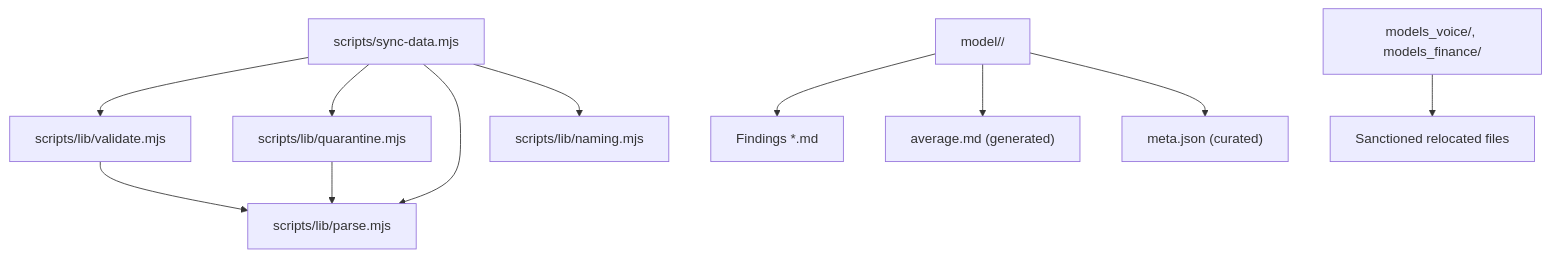
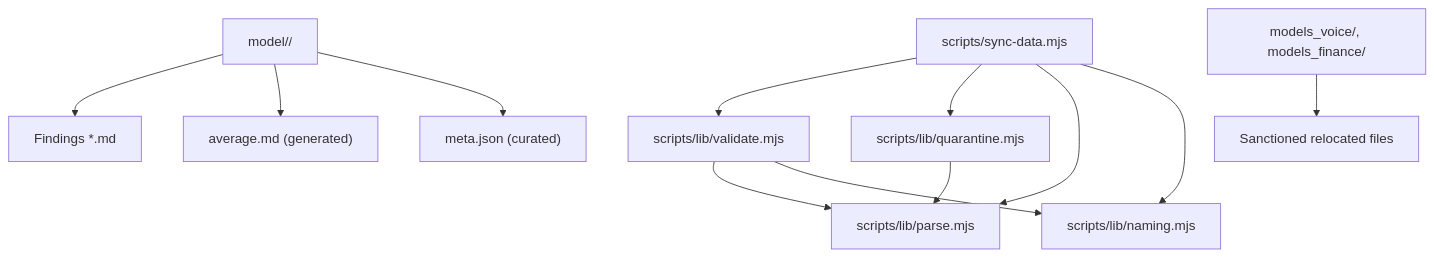
Before and after one commit to delirium-dj/modelcomp: the first of 9 diagrams in .qoder/repowiki/en/content/Data Management System/Data Synchronization Pipeline/Validation Framework.md, drawn with Mermaid. The commit also changed other lines of this file and 22 other files, not shown here.

````diff
--- a/.qoder/repowiki/en/content/Data Management System/Data Synchronization Pipeline/Validation Framework.md
+++ b/.qoder/repowiki/en/content/Data Management System/Data Synchronization Pipeline/Validation Framework.md
@@ -44,13 +52,14 @@
 ```mermaid
 graph TB
 Sync["scripts/sync-data.mjs"] --> Validate["scripts/lib/validate.mjs"]
 Sync --> Quarantine["scripts/lib/quarantine.mjs"]
 Sync --> Parse["scripts/lib/parse.mjs"]
 Sync --> Naming["scripts/lib/naming.mjs"]
 Validate --> Parse
+Validate --> Naming
 Quarantine --> Parse
 ModelDir["model/<slug>/"] --> Findings["Findings *.md"]
 ModelDir --> Average["average.md (generated)"]
 ModelDir --> Meta["meta.json (curated)"]
 MirrorRoots["models_voice/, models_finance/"] --> Relocated["Sanctioned relocated files"]
 ```
````
